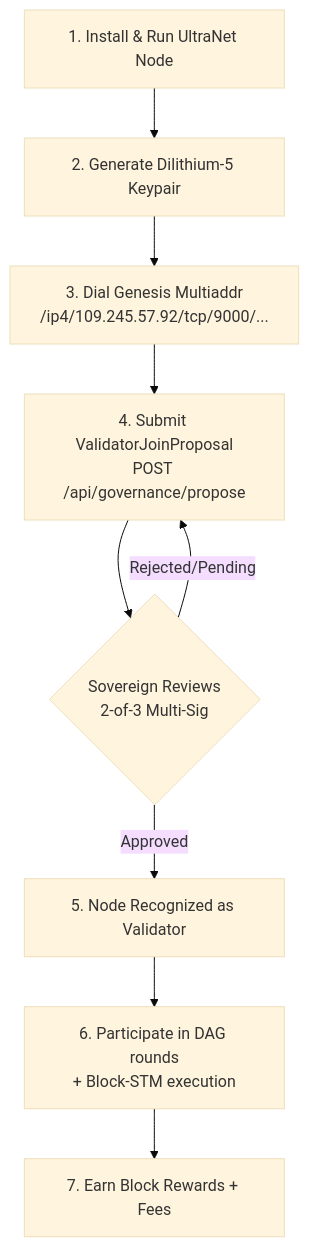
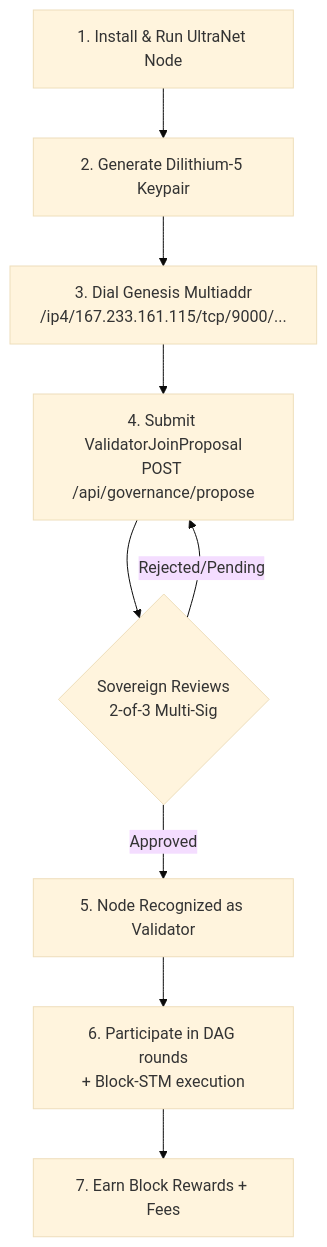
Before and after one commit to Alexand173/ultranet: the ninth of 9 diagrams in ULTRA_NET_TECHNICAL_GUIDE.md, drawn with Mermaid (base theme). The commit also changed other lines of this file and 8 other files, not shown here.

````diff
--- a/ULTRA_NET_TECHNICAL_GUIDE.md
+++ b/ULTRA_NET_TECHNICAL_GUIDE.md
@@ -828,11 +828,11 @@
 ```mermaid
 flowchart TD
     A[1. Install & Run UltraNet Node] --> B[2. Generate Dilithium-5 Keypair]
-    B --> C[3. Dial Genesis Multiaddr<br/>/ip4/109.245.57.92/tcp/9000/...]
+    B --> C[3. Dial Genesis Multiaddr<br/>/ip4/167.233.161.115/tcp/9000/...]
     C --> D[4. Submit ValidatorJoinProposal<br/>POST /api/governance/propose]
     D --> E{Sovereign Reviews<br/>2-of-3 Multi-Sig}
     E -->|Approved| F[5. Node Recognized as Validator]
     E -->|Rejected/Pending| D
     F --> G[6. Participate in DAG rounds<br/>+ Block-STM execution]
     G --> H[7. Earn Block Rewards + Fees]
 ```
````
